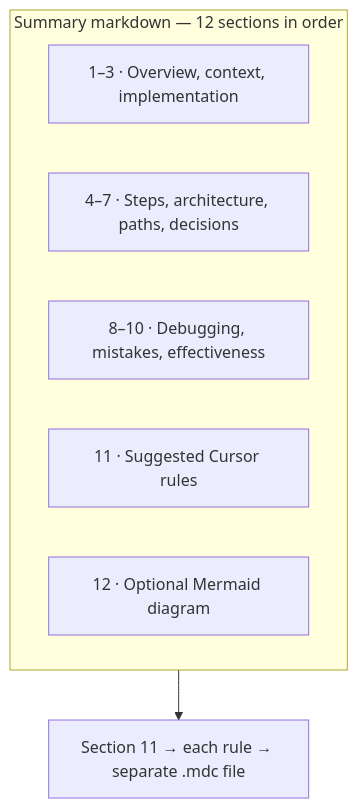
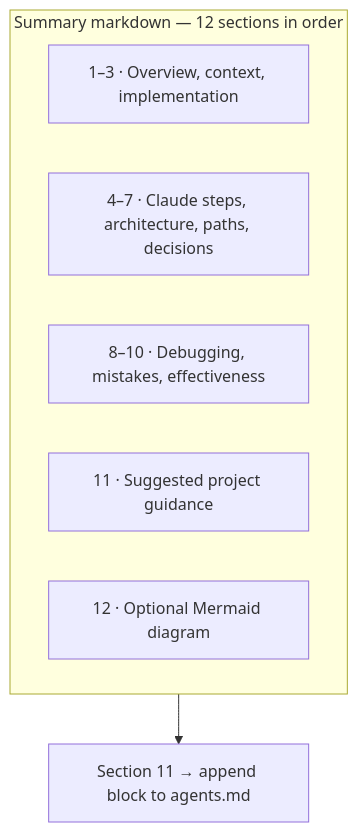
One commit to yash0208/claude-docit-plugin changed the second of 2 diagrams in README.md. Above: the diagram before and after it, drawn with Mermaid. The commit also changed other lines of this file and 5 other files, not shown here.

Commit message:
specializing for claude agents

````diff
--- a/README.md
+++ b/README.md
@@ -91,12 +91,12 @@
 ```mermaid
 flowchart TB
   subgraph summary["Summary markdown — 12 sections in order"]
     S1["1–3 · Overview, context, implementation"]
-    S2["4–7 · Steps, architecture, paths, decisions"]
+    S2["4–7 · Claude steps, architecture, paths, decisions"]
     S3["8–10 · Debugging, mistakes, effectiveness"]
-    S4["11 · Suggested Cursor rules"]
+    S4["11 · Suggested project guidance"]
     S5["12 · Optional Mermaid diagram"]
   end
-  R["Section 11 → each rule → separate .mdc file"]
+  R["Section 11 → append block to agents.md"]
   summary --> R
 ```
````
